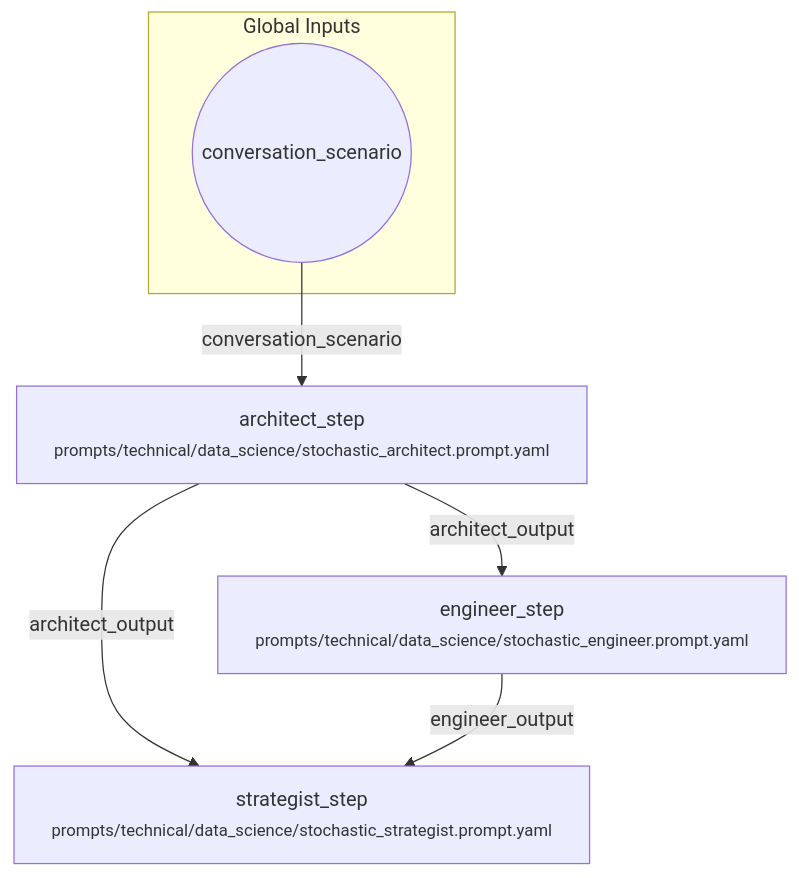
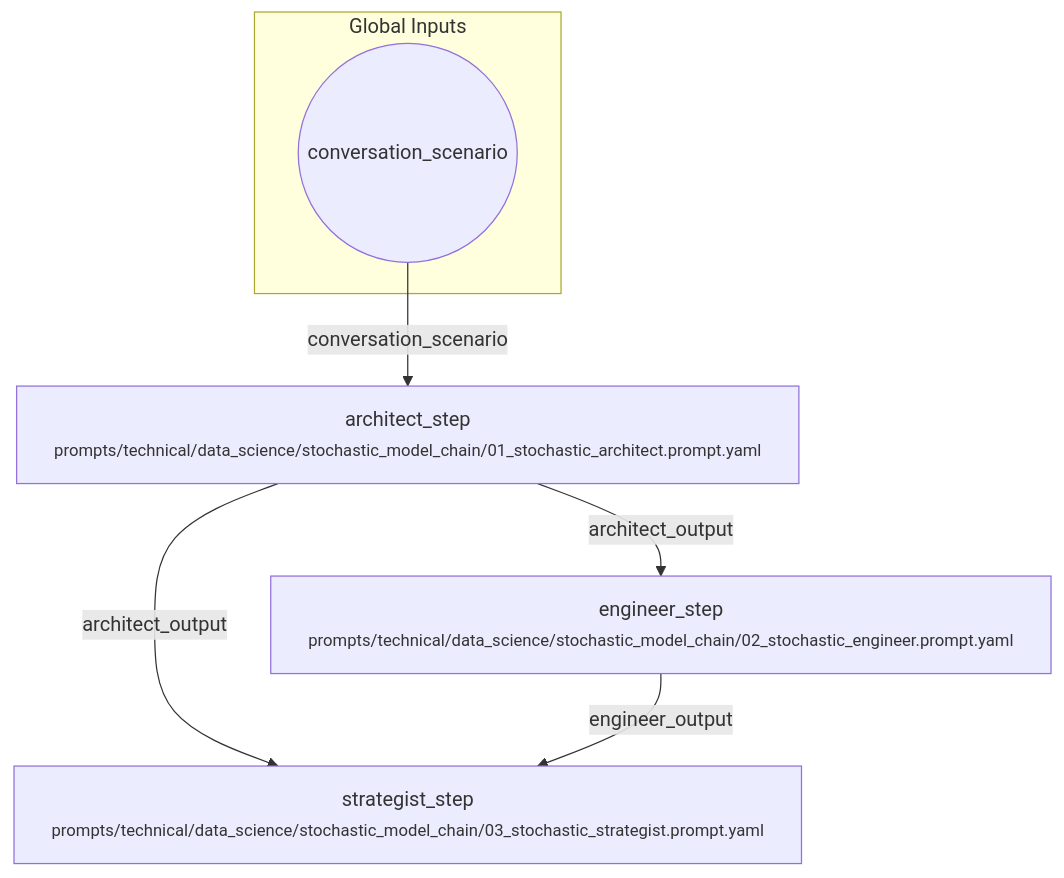
Before and after one commit to fderuiter/proompts: the diagram in workflows/technical/stochastic_model_chain.workflow.md, drawn with Mermaid. The commit also changed 31 other files, not shown here.

````diff
--- a/workflows/technical/stochastic_model_chain.workflow.md
+++ b/workflows/technical/stochastic_model_chain.workflow.md
@@ -7,13 +7,13 @@
 ```mermaid
 flowchart TD
     subgraph Inputs [Global Inputs]
         inp_conversation_scenario((conversation_scenario))
     end
-    architect_step["architect_step<br/><small>prompts/technical/data_science/stochastic_architect.prompt.yaml</small>"]
-    engineer_step["engineer_step<br/><small>prompts/technical/data_science/stochastic_engineer.prompt.yaml</small>"]
-    strategist_step["strategist_step<br/><small>prompts/technical/data_science/stochastic_strategist.prompt.yaml</small>"]
+    architect_step["architect_step<br/><small>prompts/technical/data_science/stochastic_model_chain/01_stochastic_architect.prompt.yaml</small>"]
+    engineer_step["engineer_step<br/><small>prompts/technical/data_science/stochastic_model_chain/02_stochastic_engineer.prompt.yaml</small>"]
+    strategist_step["strategist_step<br/><small>prompts/technical/data_science/stochastic_model_chain/03_stochastic_strategist.prompt.yaml</small>"]
     inp_conversation_scenario -->|conversation_scenario| architect_step
     architect_step -->|architect_output| engineer_step
     architect_step -->|architect_output| strategist_step
     engineer_step -->|engineer_output| strategist_step
 ```
````
